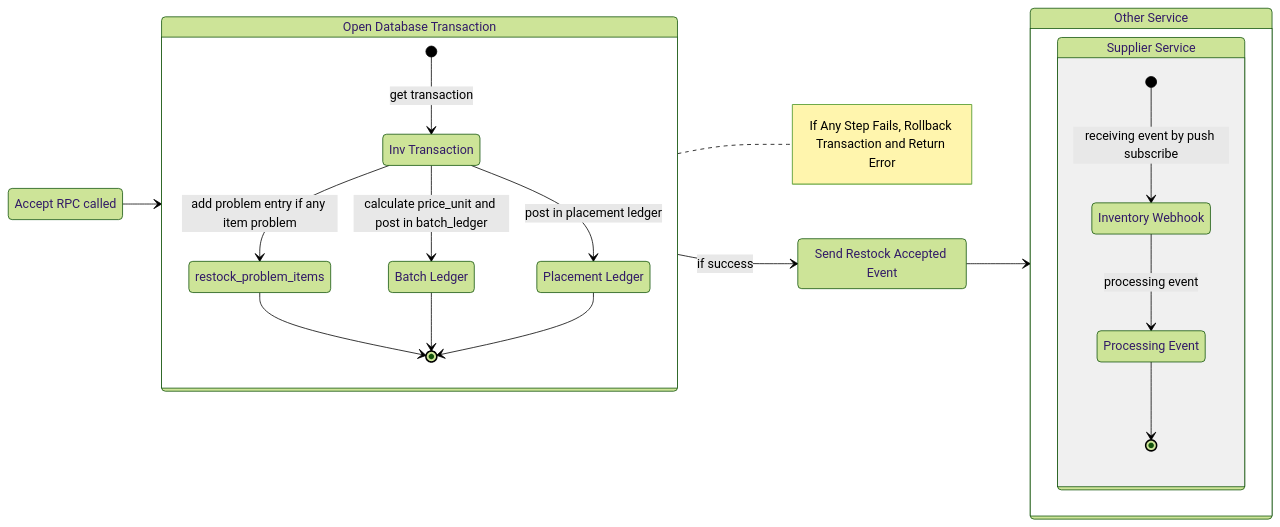
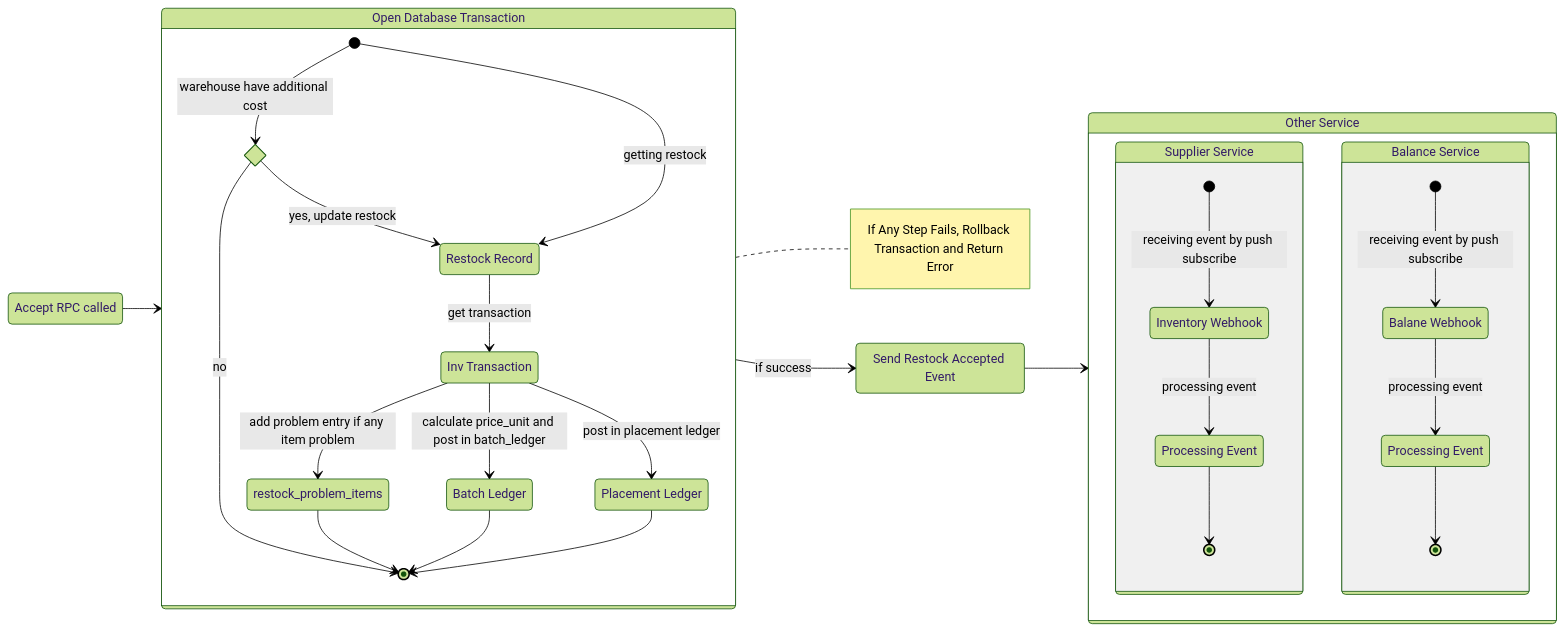
One commit to pdcgo/warehouse_revamp changed the third of 3 diagrams in docs/business/inventory/restock.md. Above: the diagram before and after it, drawn with Mermaid (forest theme). The commit also changed other lines of this file and 145 other files, not shown here.

````diff
--- a/docs/business/inventory/restock.md
+++ b/docs/business/inventory/restock.md
@@ -33,53 +115,78 @@
 ```mermaid
 stateDiagram-v2
 direction LR
 
 state "Accept RPC called" as rpc
+
 
 rpc-->tx
 
 tx: Open Database Transaction
 note right of tx
     If Any Step Fails, Rollback Transaction and Return Error 
 end note
 
 state tx {
     
     state "restock_problem_items" as prob
     state "Batch Ledger" as bledger
     state "Placement Ledger" as pledger
     state "Inv Transaction" as inv
+    state "Restock Record" as res
+    state is_ware_additional <<choice>>
 
-    [*]-->inv: get transaction
+    
+
+    res-->inv: get transaction
     inv-->prob: add problem entry if any item problem
     inv-->bledger: calculate price_unit and post in batch_ledger
     inv-->pledger: post in placement ledger
+
+    [*]-->is_ware_additional: warehouse have additional cost
+    is_ware_additional-->[*]: no
+    is_ware_additional-->res: yes, update restock
+    [*]-->res: getting restock
+    
 
     prob-->[*]
     bledger-->[*]
     pledger-->[*]
 }
 
 state "Send Restock Accepted Event" as evt
 tx-->evt: if success
 evt-->srv
+
+
 
 srv: Other Service
 state srv {
     sup: Supplier Service
     state sup {
 
         state "Inventory Webhook" as supwebhook
         state "Processing Event" as procevt
 
         [*]-->supwebhook: receiving event by push subscribe
         supwebhook-->procevt: processing event
         procevt-->[*]
     
     }
 
+    bal: Balance Service
+    state bal {
+
+        state "Balane Webhook" as balwebhook
+        state "Processing Event" as balprocevt
+
+        [*]-->balwebhook: receiving event by push subscribe
+        balwebhook-->balprocevt: processing event
+        balprocevt-->[*]
+    
+    }
+
  
 
 }
 
 ```
````
